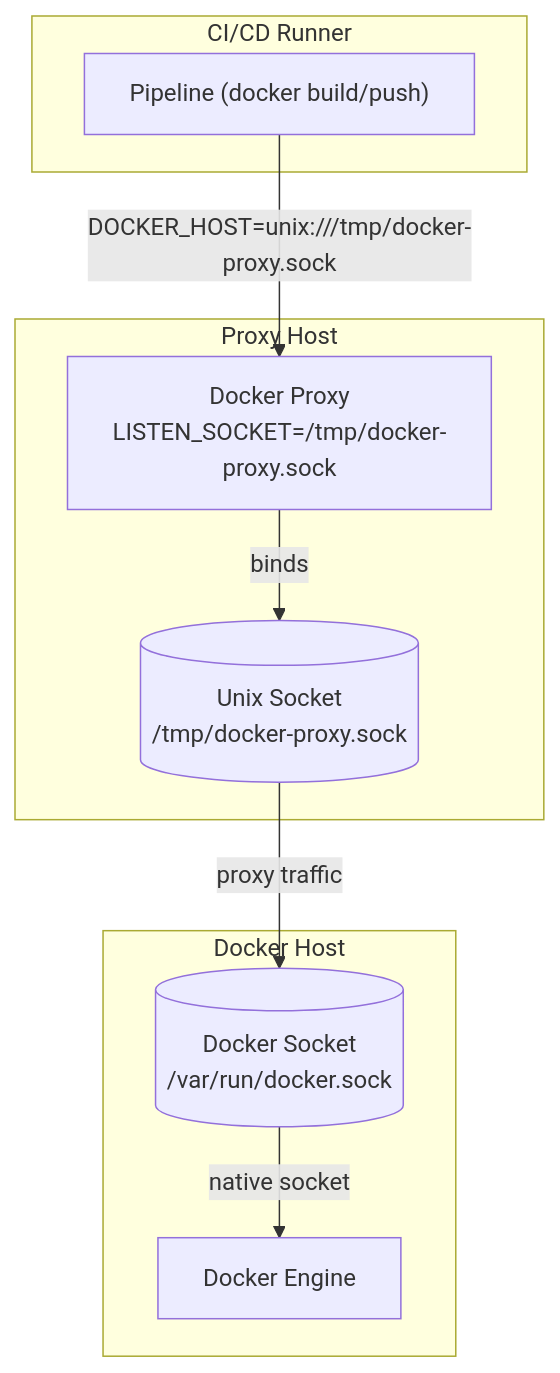
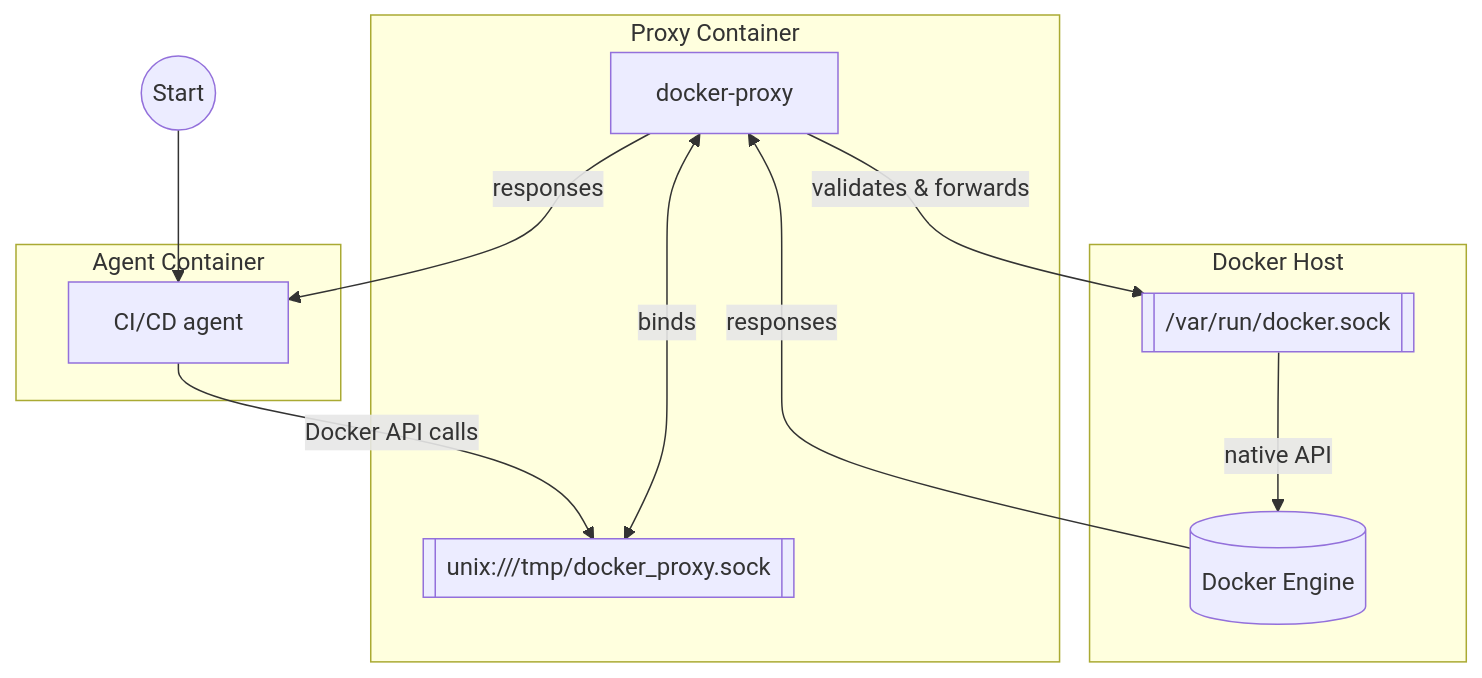
Before and after one commit to hypolas/docker-proxy: the diagram in README.md, drawn with Mermaid. The commit also changed other lines of this file and 33 other files, not shown here.

````diff
--- a/README.md
+++ b/README.md
@@ -266,22 +250,25 @@
 ```mermaid
-graph TB;
-    subgraph "CI/CD Runner"
-        A["Pipeline (docker build/push)"];
-
+graph TB
+    subgraph "Agent Container"
+        agent[CI/CD agent]
     end
 
-    subgraph "Proxy Host"
-        B[Docker Proxy<br>LISTEN_SOCKET=/tmp/docker-proxy.sock]
-        C[(Unix Socket<br>/tmp/docker-proxy.sock)]
+    subgraph "Proxy Container"
+        proxy[docker-proxy]
+        proxySock[[unix:///tmp/docker_proxy.sock]]
     end
 
     subgraph "Docker Host"
-        D[(Docker Socket<br>/var/run/docker.sock)]
-        E[Docker Engine]
+        dockerSock[[/var/run/docker.sock]]
+        engine[(Docker Engine)]
     end
 
-    A -- "DOCKER_HOST=unix:///tmp/docker-proxy.sock" --> B
-    B -- binds --> C
-    C -- proxy traffic --> D
-    D -- native socket --> E
+    start((Start))
+    start --> agent[CI/CD agent]
+    agent -->|Docker API calls| proxySock
+    proxy <-- binds --> proxySock
+    proxy -->|validates & forwards| dockerSock
+    dockerSock -->|native API| engine
+    engine -->|responses| proxy
+    proxy -->|responses| agent
 ```
````
